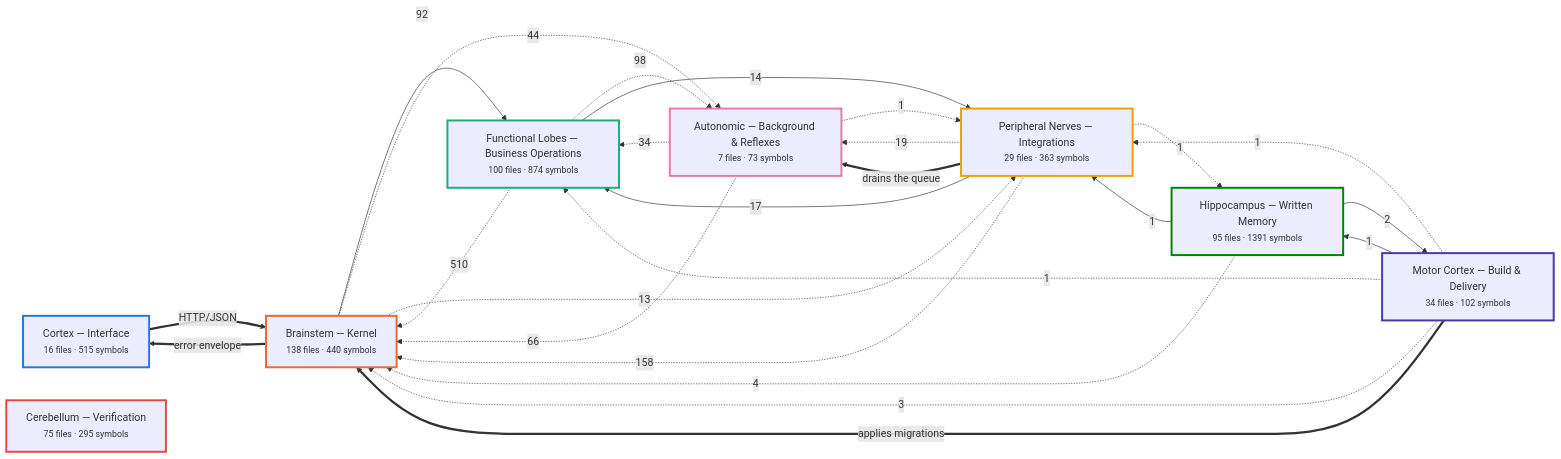
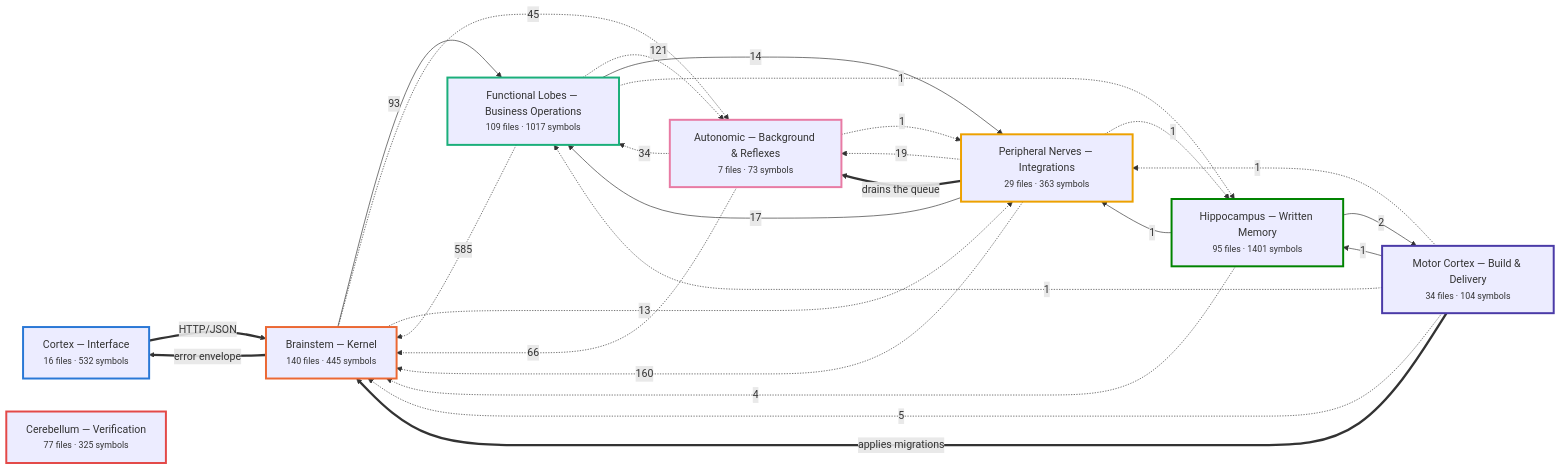
The first of 7 diagrams in docs/brain/BRAIN.md (Vishalnayak226/custom_erp), drawn with Mermaid before and after one commit. The commit also changed other lines of this file and 27 other files, not shown here.

````diff
--- a/docs/brain/BRAIN.md
+++ b/docs/brain/BRAIN.md
@@ -35,51 +35,52 @@
 ```mermaid
 flowchart LR
-  n_cortex["Cortex — Interface<br/><small>16 files · 515 symbols</small>"]
-  n_brainstem["Brainstem — Kernel<br/><small>138 files · 440 symbols</small>"]
-  n_business["Functional Lobes — Business Operations<br/><small>100 files · 874 symbols</small>"]
+  n_cortex["Cortex — Interface<br/><small>16 files · 532 symbols</small>"]
+  n_brainstem["Brainstem — Kernel<br/><small>140 files · 445 symbols</small>"]
+  n_business["Functional Lobes — Business Operations<br/><small>109 files · 1017 symbols</small>"]
   n_peripheral["Peripheral Nerves — Integrations<br/><small>29 files · 363 symbols</small>"]
   n_autonomic["Autonomic — Background & Reflexes<br/><small>7 files · 73 symbols</small>"]
-  n_memory["Hippocampus — Written Memory<br/><small>95 files · 1391 symbols</small>"]
-  n_motor["Motor Cortex — Build & Delivery<br/><small>34 files · 102 symbols</small>"]
-  n_verification["Cerebellum — Verification<br/><small>75 files · 295 symbols</small>"]
-  n_business -.->|510| n_brainstem
-  n_peripheral -.->|158| n_brainstem
-  n_business -.->|98| n_autonomic
-  n_brainstem -->|92| n_business
+  n_memory["Hippocampus — Written Memory<br/><small>95 files · 1401 symbols</small>"]
+  n_motor["Motor Cortex — Build & Delivery<br/><small>34 files · 104 symbols</small>"]
+  n_verification["Cerebellum — Verification<br/><small>77 files · 325 symbols</small>"]
+  n_business -.->|585| n_brainstem
+  n_peripheral -.->|160| n_brainstem
+  n_business -.->|121| n_autonomic
+  n_brainstem -->|93| n_business
   n_autonomic -.->|66| n_brainstem
-  n_brainstem -.->|44| n_autonomic
+  n_brainstem -.->|45| n_autonomic
   n_autonomic -.->|34| n_business
   n_peripheral -.->|19| n_autonomic
   n_peripheral -->|17| n_business
   n_business -->|14| n_peripheral
   n_brainstem -.->|13| n_peripheral
+  n_motor -.->|5| n_brainstem
   n_memory -.->|4| n_brainstem
-  n_motor -.->|3| n_brainstem
   n_memory -->|2| n_motor
+  n_motor -->|1| n_memory
+  n_peripheral -.->|1| n_memory
   n_motor -.->|1| n_business
-  n_peripheral -.->|1| n_memory
+  n_autonomic -.->|1| n_peripheral
+  n_memory -->|1| n_peripheral
   n_motor -.->|1| n_peripheral
-  n_memory -->|1| n_peripheral
-  n_autonomic -.->|1| n_peripheral
-  n_motor -->|1| n_memory
+  n_business -.->|1| n_memory
   n_brainstem ==>|error envelope| n_cortex
   n_cortex ==>|HTTP/JSON| n_brainstem
   n_motor ==>|applies migrations| n_brainstem
   n_peripheral ==>|drains the queue| n_autonomic
   classDef n_cortex stroke:#2a78d6,stroke-width:3px;
   class n_cortex n_cortex;
   classDef n_brainstem stroke:#eb6834,stroke-width:3px;
   class n_brainstem n_brainstem;
   classDef n_business stroke:#1baf7a,stroke-width:3px;
   class n_business n_business;
   classDef n_peripheral stroke:#eda100,stroke-width:3px;
   class n_peripheral n_peripheral;
   classDef n_autonomic stroke:#e87ba4,stroke-width:3px;
   class n_autonomic n_autonomic;
   classDef n_memory stroke:#008300,stroke-width:3px;
   class n_memory n_memory;
   classDef n_motor stroke:#4a3aa7,stroke-width:3px;
   class n_motor n_motor;
   classDef n_verification stroke:#e34948,stroke-width:3px;
   class n_verification n_verification;
 ```
````
